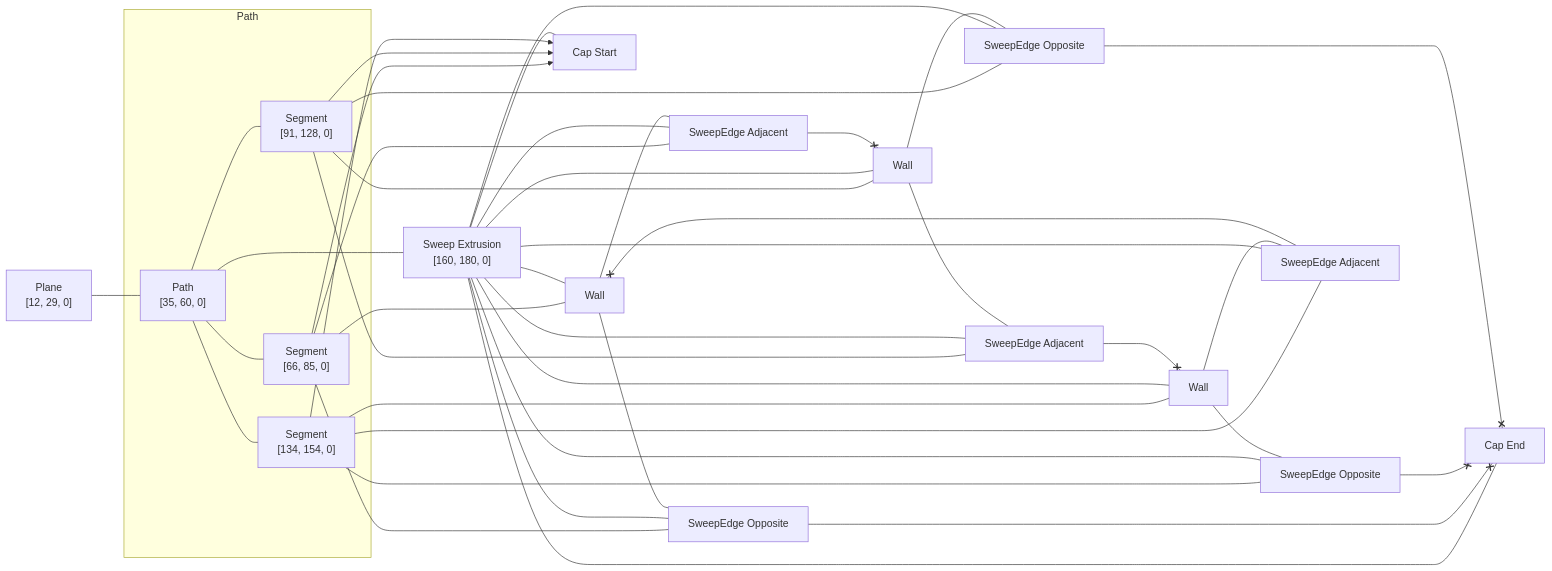
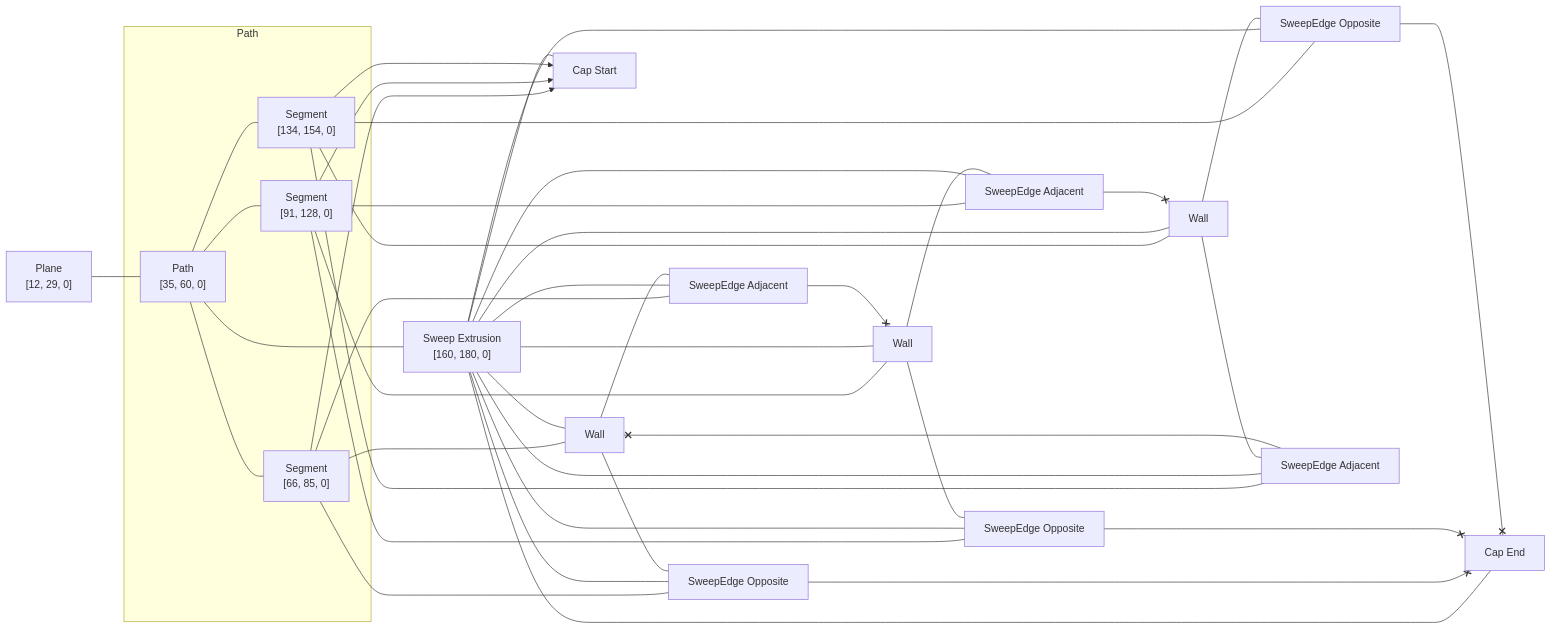
One commit to rajgandhi1/modeling-app changed the diagram in rust/kcl-lib/tests/tangential_arc/artifact_graph_flowchart.snap.md. Above: the diagram before and after it, drawn with Mermaid. The commit also changed 101 other files, not shown here.

````diff
--- a/rust/kcl-lib/tests/tangential_arc/artifact_graph_flowchart.snap.md
+++ b/rust/kcl-lib/tests/tangential_arc/artifact_graph_flowchart.snap.md
@@ -1,62 +1,62 @@
 ```mermaid
 flowchart LR
   subgraph path2 [Path]
     2["Path<br>[35, 60, 0]"]
     3["Segment<br>[66, 85, 0]"]
     4["Segment<br>[91, 128, 0]"]
     5["Segment<br>[134, 154, 0]"]
   end
   1["Plane<br>[12, 29, 0]"]
   6["Sweep Extrusion<br>[160, 180, 0]"]
   7[Wall]
   8[Wall]
   9[Wall]
   10["Cap Start"]
   11["Cap End"]
   12["SweepEdge Opposite"]
   13["SweepEdge Opposite"]
   14["SweepEdge Opposite"]
   15["SweepEdge Adjacent"]
   16["SweepEdge Adjacent"]
   17["SweepEdge Adjacent"]
   1 --- 2
   2 --- 3
   2 --- 4
   2 --- 5
   2 ---- 6
   3 --- 9
   3 x--> 10
   3 --- 12
-  3 --- 17
+  3 --- 15
   4 --- 8
   4 x--> 10
-  4 --- 14
+  4 --- 13
   4 --- 16
   5 --- 7
   5 x--> 10
-  5 --- 13
-  5 --- 15
+  5 --- 14
+  5 --- 17
   6 --- 7
   6 --- 8
   6 --- 9
   6 --- 10
   6 --- 11
   6 --- 12
   6 --- 13
   6 --- 14
   6 --- 15
   6 --- 16
   6 --- 17
-  7 --- 13
-  7 --- 15
+  7 --- 14
   16 <--x 7
-  8 --- 14
+  7 --- 17
+  8 --- 13
+  15 <--x 8
   8 --- 16
-  17 <--x 8
   9 --- 12
-  15 <--x 9
-  9 --- 17
+  9 --- 15
+  17 <--x 9
   12 <--x 11
   13 <--x 11
   14 <--x 11
 ```
````
